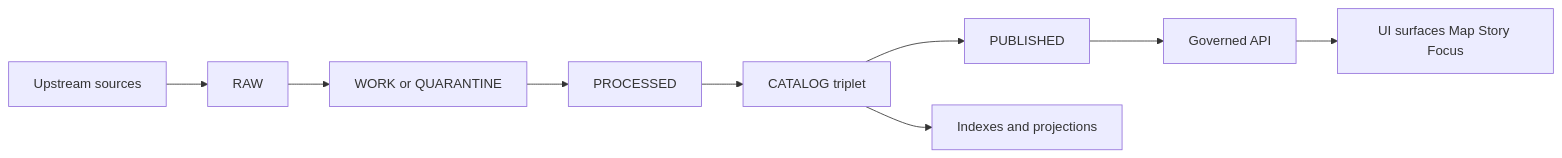
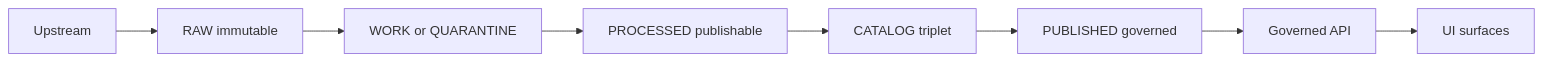
The second of 3 diagrams in docs/README.md (bartytime4life/Kansas-Frontier-Matrix), drawn with Mermaid before and after one commit. The commit also changed other lines of this file, not shown here.

````diff
--- a/docs/README.md
+++ b/docs/README.md
@@ -125,12 +145,11 @@
 ```mermaid
 flowchart LR
-  Up[Upstream sources] --> RAW[RAW]
+  Up[Upstream] --> RAW[RAW immutable]
   RAW --> WORK[WORK or QUARANTINE]
-  WORK --> PROC[PROCESSED]
-  PROC --> CAT[CATALOG triplet]
-  CAT --> PUB[PUBLISHED]
+  WORK --> PROCESSED[PROCESSED publishable]
+  PROCESSED --> CAT[CATALOG triplet]
+  CAT --> PUB[PUBLISHED governed]
 
-  CAT --> IDX[Indexes and projections]
   PUB --> API[Governed API]
-  API --> UI[UI surfaces Map Story Focus]
+  API --> UI[UI surfaces]
 ```
````
